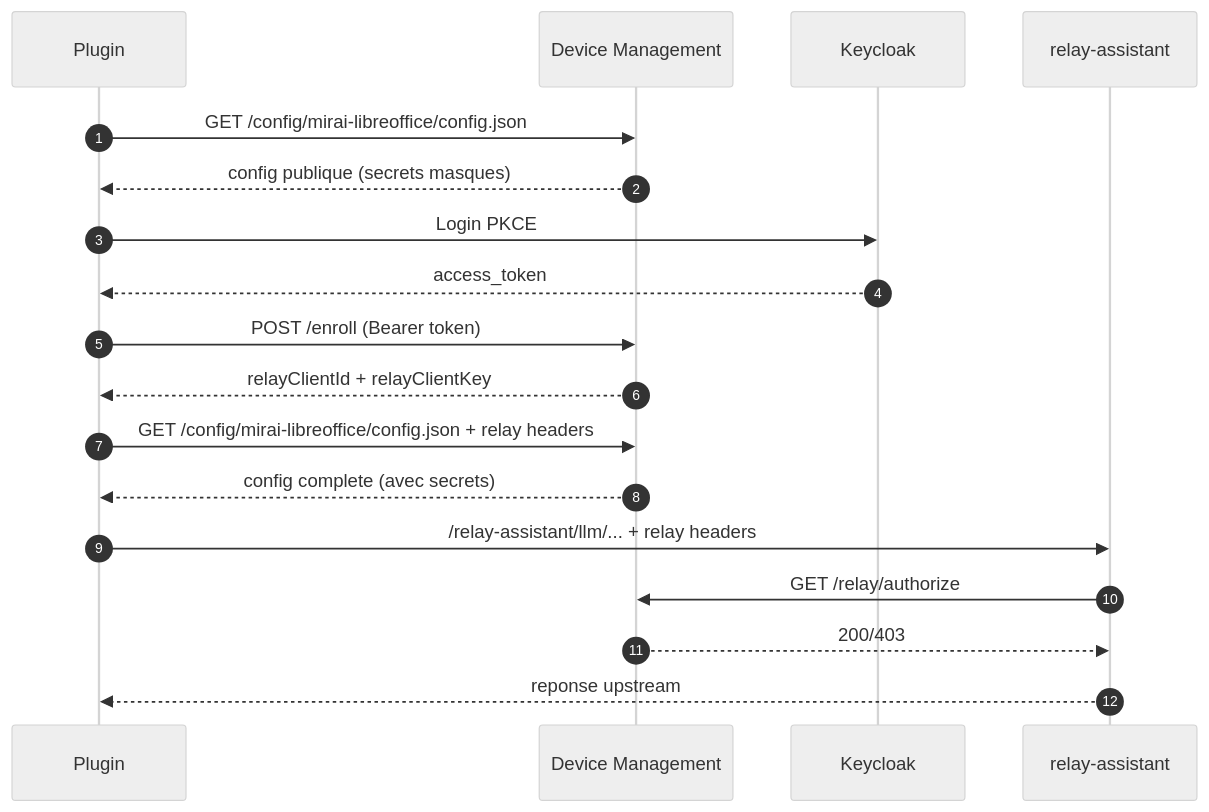
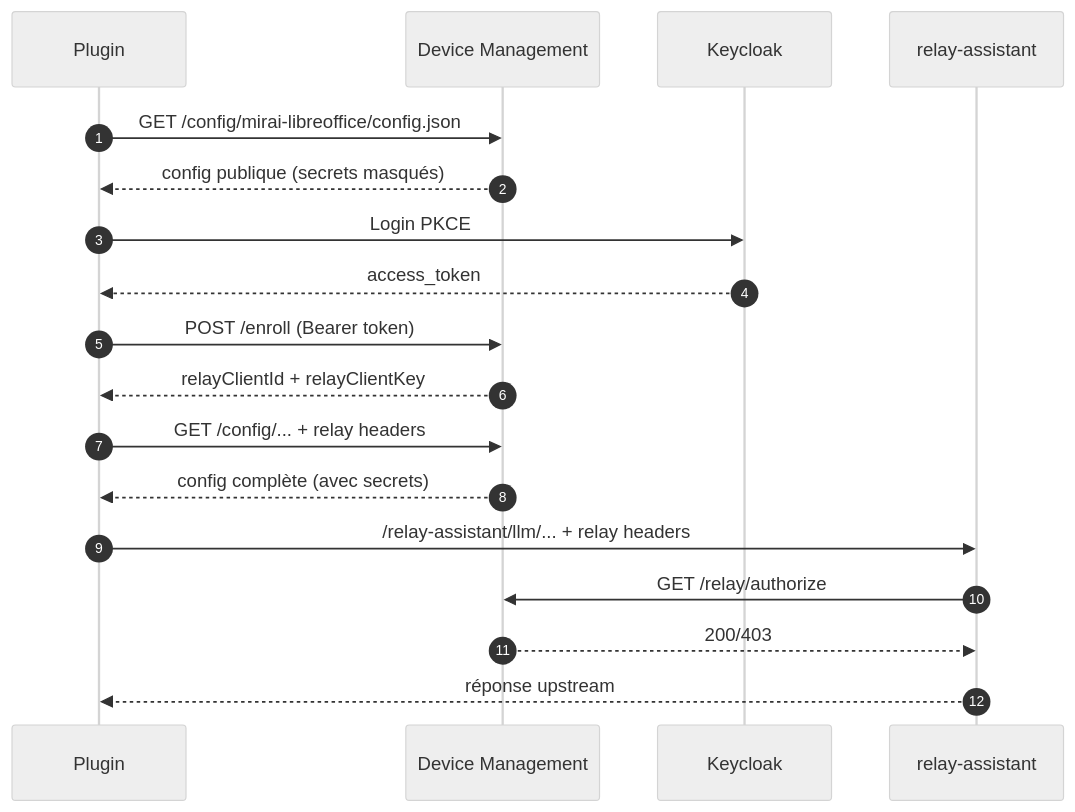
The diagram in README.md (IA-Generative/device-management), drawn with Mermaid (neutral theme) before and after one commit. The commit also changed other lines of this file and 2 other files, not shown here.

````diff
--- a/README.md
+++ b/README.md
@@ -287,21 +272,21 @@
 ```mermaid
 sequenceDiagram
   autonumber
   participant P as Plugin
   participant DM as Device Management
   participant KC as Keycloak
   participant R as relay-assistant
 
   P->>DM: GET /config/mirai-libreoffice/config.json
-  DM-->>P: config publique (secrets masques)
+  DM-->>P: config publique (secrets masqués)
   P->>KC: Login PKCE
   KC-->>P: access_token
   P->>DM: POST /enroll (Bearer token)
   DM-->>P: relayClientId + relayClientKey
-  P->>DM: GET /config/mirai-libreoffice/config.json + relay headers
-  DM-->>P: config complete (avec secrets)
+  P->>DM: GET /config/... + relay headers
+  DM-->>P: config complète (avec secrets)
   P->>R: /relay-assistant/llm/... + relay headers
   R->>DM: GET /relay/authorize
   DM-->>R: 200/403
-  R-->>P: reponse upstream
+  R-->>P: réponse upstream
 ```
````
